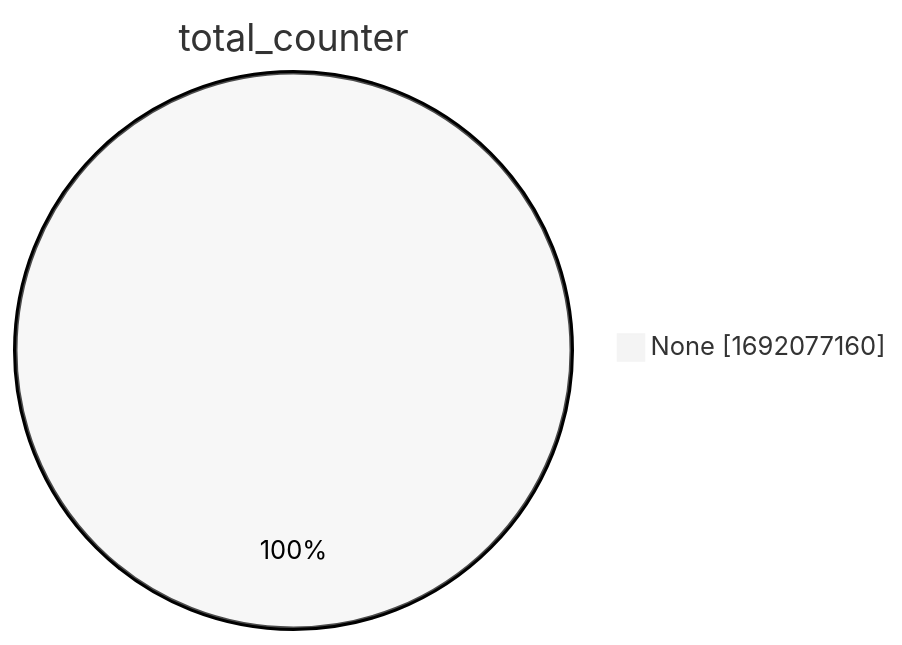
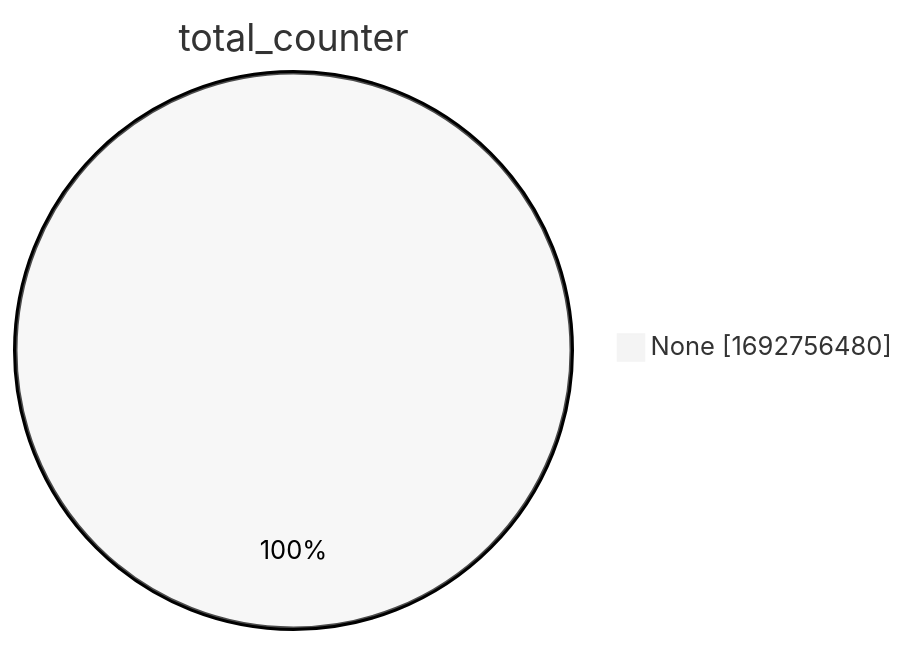
The second of 15 diagrams in xenon2022/README.md (christiankrug/ctmonitor_visualization), drawn with Mermaid (neutral theme) before and after one commit. The commit also changed other lines of this file, not shown here.

````diff
--- a/xenon2022/README.md
+++ b/xenon2022/README.md
@@ -9,5 +9,5 @@
 ```mermaid
 pie showData
 title total_counter
-"None" :1692077160
+"None" :1692756480
 ```
````
